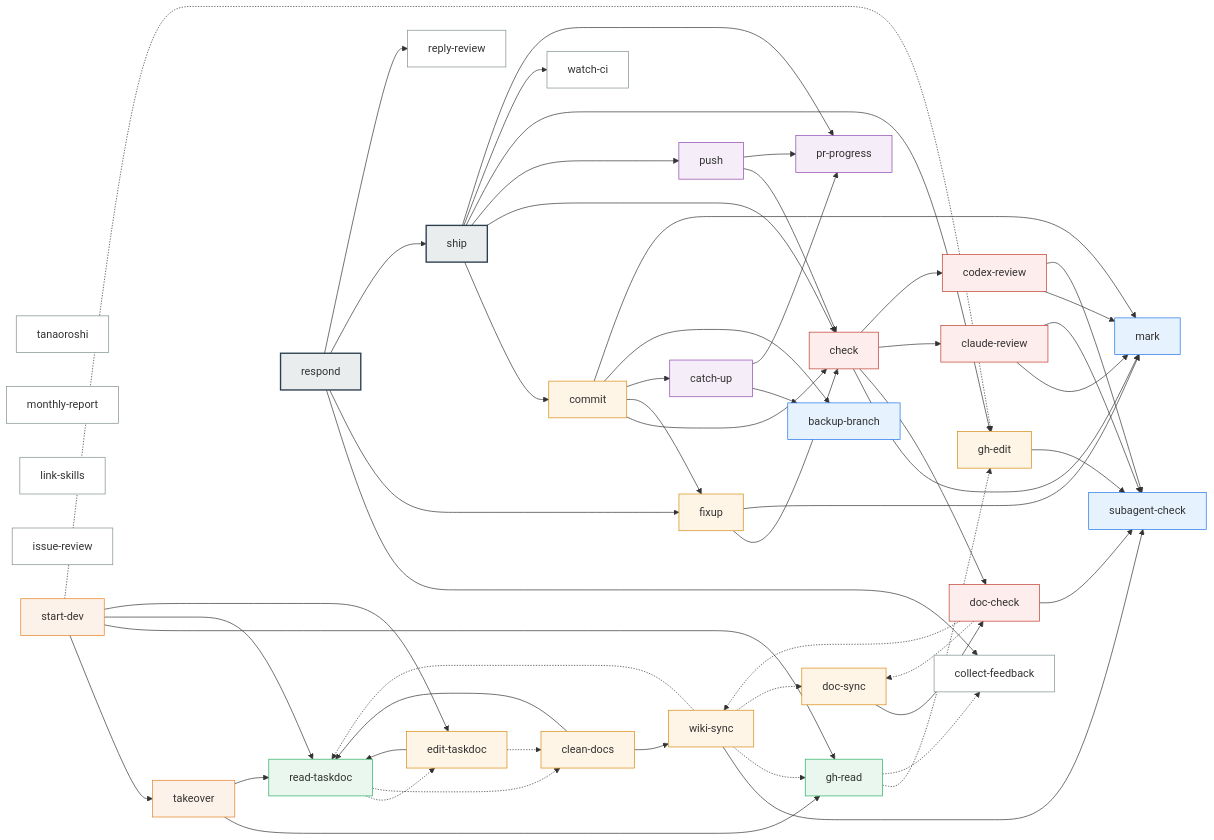
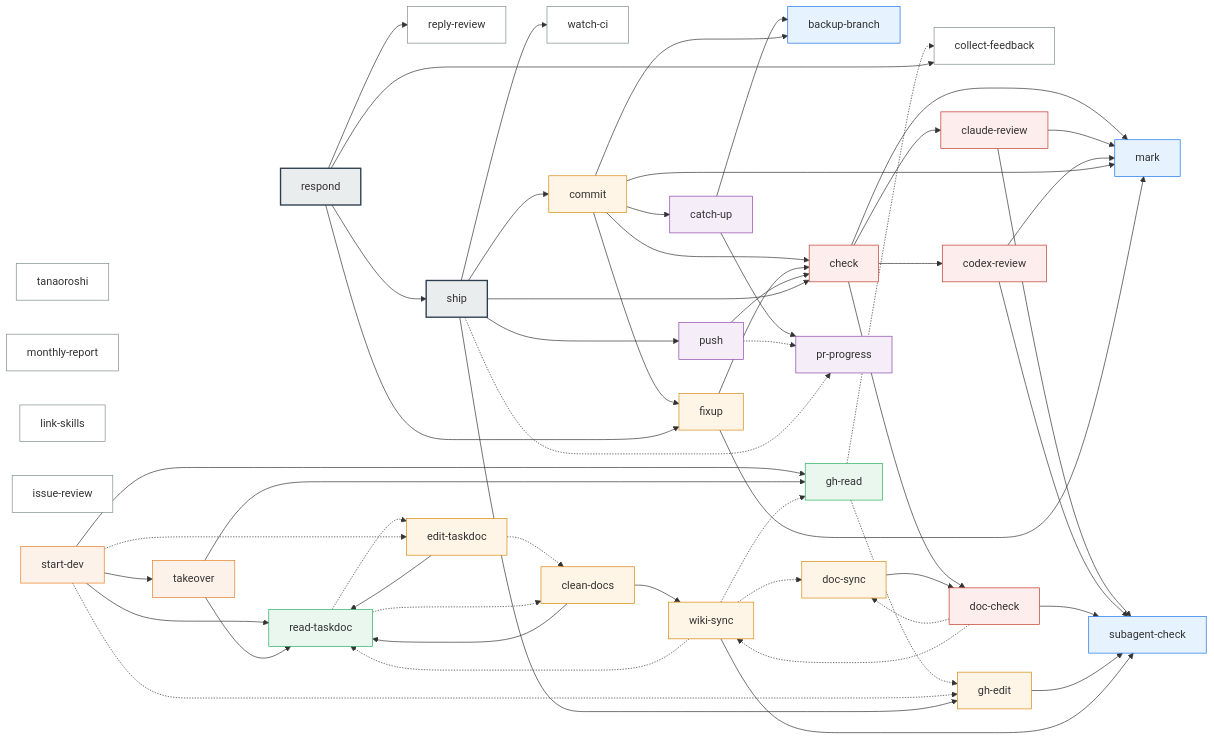
One commit to mistbind3u88/bonsai changed the second of 2 diagrams in README.md. Above: the diagram before and after it, drawn with Mermaid. The commit also changed other lines of this file, not shown here.

Commit message:
docs: 条件付き委譲は点線にして依存グラフを実態に合わせる
codex review の指摘に対応。常に実行されない委譲を点線へ移し、
線種の意味を「実線=通常フロー、点線=条件付きまたは注意欄での
案内」に統一する。

- start-dev → edit-taskdoc: 他エージェント向けタスクドキュメントが
  必要な場合のみ呼び出すため点線へ
- push → pr-progress: force-with-lease push 時のみ呼び出すため点線へ
- ship → pr-progress: autosquash 経路のみ呼び出すため点線へ

```diff
--- a/README.md
+++ b/README.md
@@ -152,11 +152,9 @@
     fixup --> mark
     gh-edit --> subagent-check
     push --> check
-    push --> pr-progress
     start-dev --> takeover
     start-dev --> gh-read
     start-dev --> read-taskdoc
-    start-dev --> edit-taskdoc
     takeover --> gh-read
     takeover --> read-taskdoc
     wiki-sync --> subagent-check
@@ -169,6 +167,9 @@
     gh-read -.-> gh-edit
     gh-read -.-> collect-feedback
     start-dev -.-> gh-edit
+    start-dev -.-> edit-taskdoc
+    push -.-> pr-progress
+    ship -.-> pr-progress
     wiki-sync -.-> gh-read
     wiki-sync -.-> read-taskdoc
     wiki-sync -.-> doc-sync
@@ -178,7 +179,6 @@
     ship --> push
     ship --> gh-edit
     ship --> watch-ci
-    ship --> pr-progress
     respond --> collect-feedback
     respond --> fixup
     respond --> ship
```
